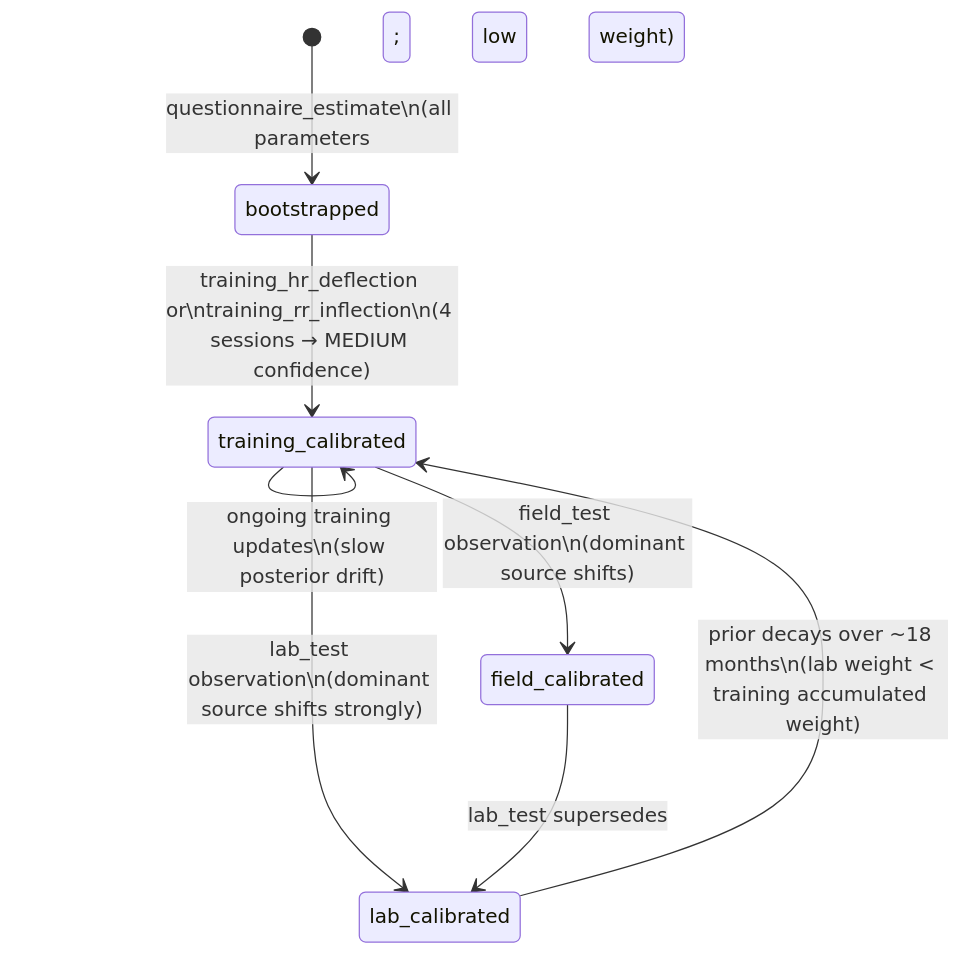
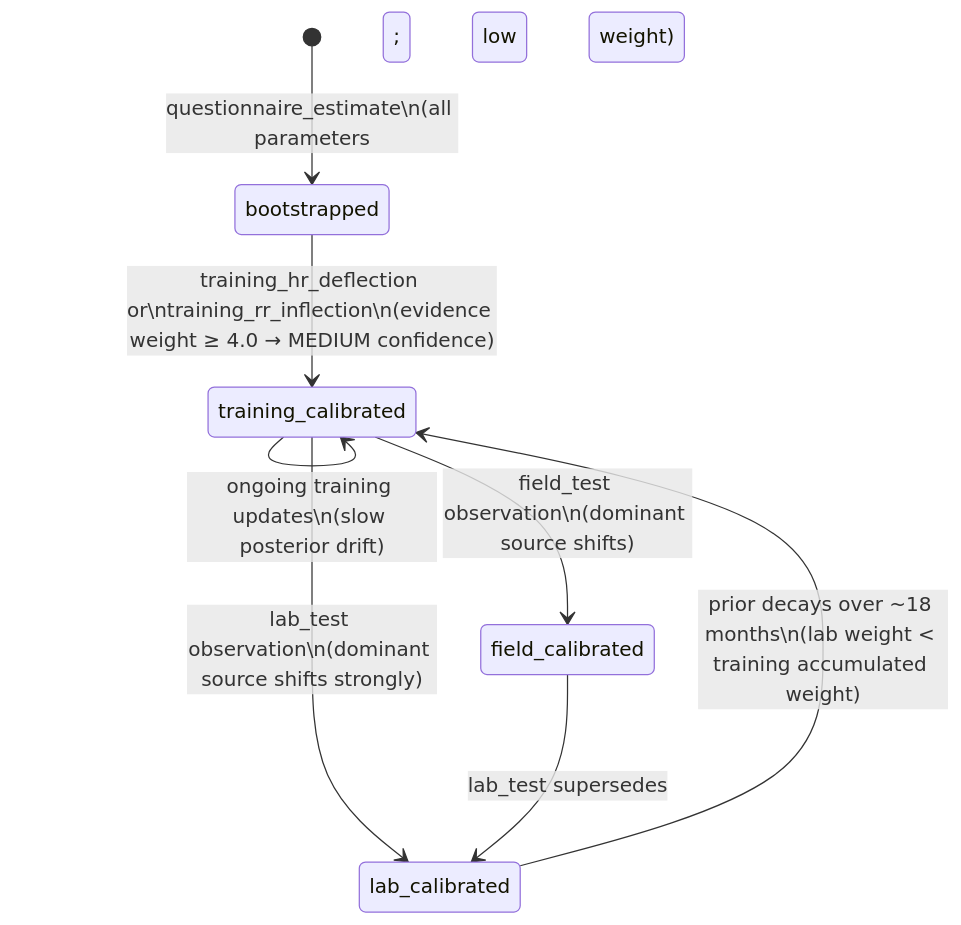
One commit to dromeas-developer/pheidipp-backend changed the diagram in docs/architecture/01-entities/athlete-physiology.md. Above: the diagram before and after it, drawn with Mermaid. The commit also changed other lines of this file and 72 other files, not shown here.

Commit message:
architecture documenation update, including plan type definitions per goal-type

````diff
--- a/docs/architecture/01-entities/athlete-physiology.md
+++ b/docs/architecture/01-entities/athlete-physiology.md
@@ -89,10 +90,10 @@
 ```mermaid
 stateDiagram-v2
     [*] --> bootstrapped : questionnaire_estimate\n(all parameters; low weight)
-    bootstrapped --> training_calibrated : training_hr_deflection or\ntraining_rr_inflection\n(4 sessions → MEDIUM confidence)
+    bootstrapped --> training_calibrated : training_hr_deflection or\ntraining_rr_inflection\n(evidence weight ≥ 4.0 → MEDIUM confidence)
     training_calibrated --> training_calibrated : ongoing training updates\n(slow posterior drift)
     training_calibrated --> field_calibrated : field_test observation\n(dominant source shifts)
     training_calibrated --> lab_calibrated : lab_test observation\n(dominant source shifts strongly)
     field_calibrated --> lab_calibrated : lab_test supersedes
     lab_calibrated --> training_calibrated : prior decays over ~18 months\n(lab weight < training accumulated weight)
 ```
````
